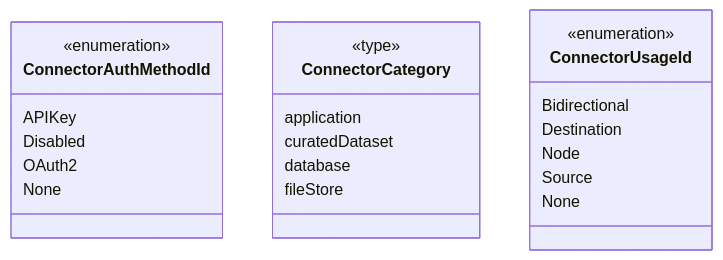
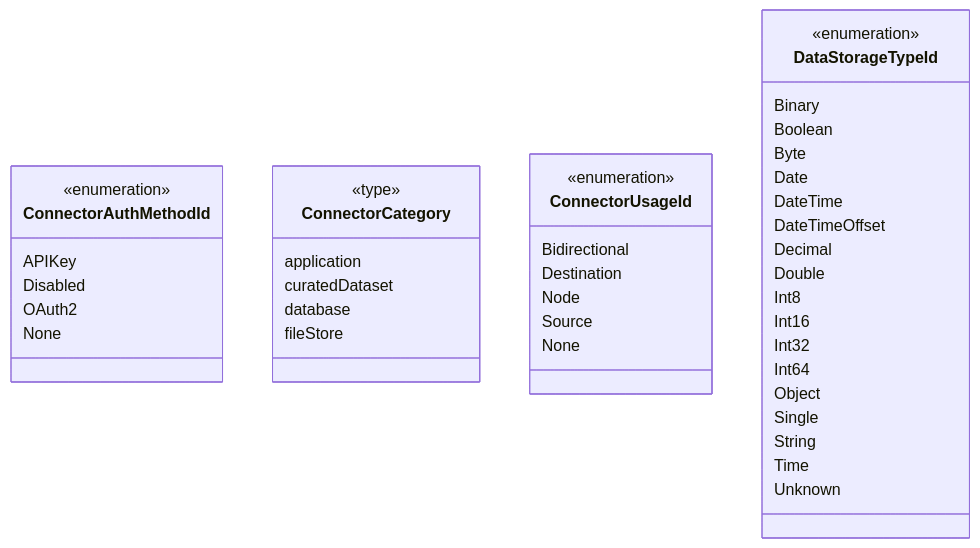
Before and after one commit to data-positioning/datapos-shared: the fifth of 12 diagrams in README.md, drawn with Mermaid. The commit also changed other lines of this file and 3 other files, not shown here.

````diff
--- a/README.md
+++ b/README.md
@@ -176,29 +179,50 @@
 ```mermaid
 classDiagram
     direction TB
 
     class ConnectorAuthMethodId {
         <<enumeration>>
         APIKey
         Disabled
         OAuth2
         None
     }
 
     class ConnectorCategory {
         <<type>>
         application
         curatedDataset
         database
         fileStore
     }
 
     class ConnectorUsageId {
         <<enumeration>>
         Bidirectional
         Destination
         Node
         Source
         None
     }
+
+    class DataStorageTypeId {
+        <<enumeration>>
+        Binary
+        Boolean
+        Byte
+        Date
+        DateTime
+        DateTimeOffset
+        Decimal
+        Double
+        Int8
+        Int16
+        Int32
+        Int64
+        Object
+        Single
+        String
+        Time
+        Unknown
+    }
 ```
````
